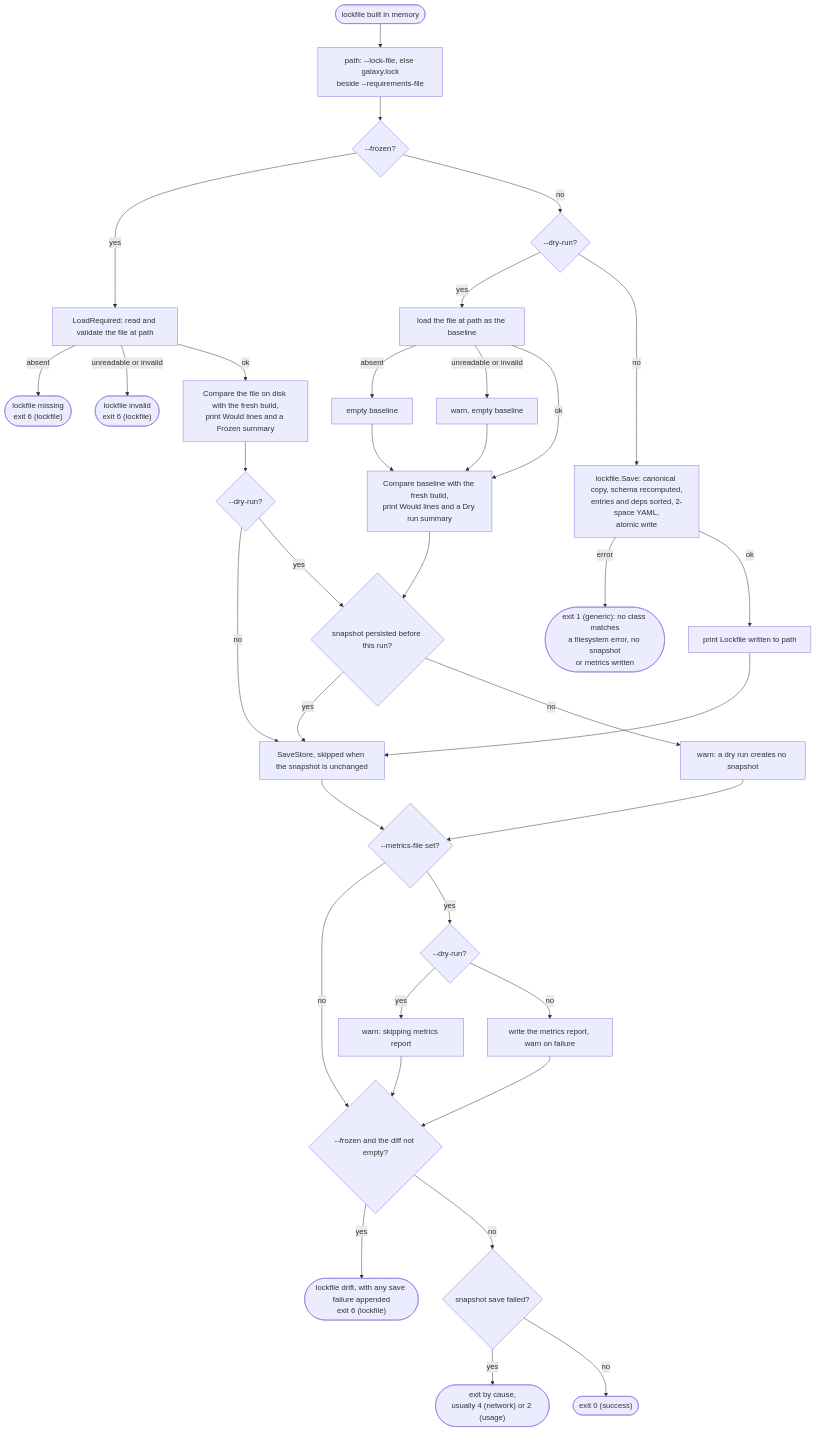
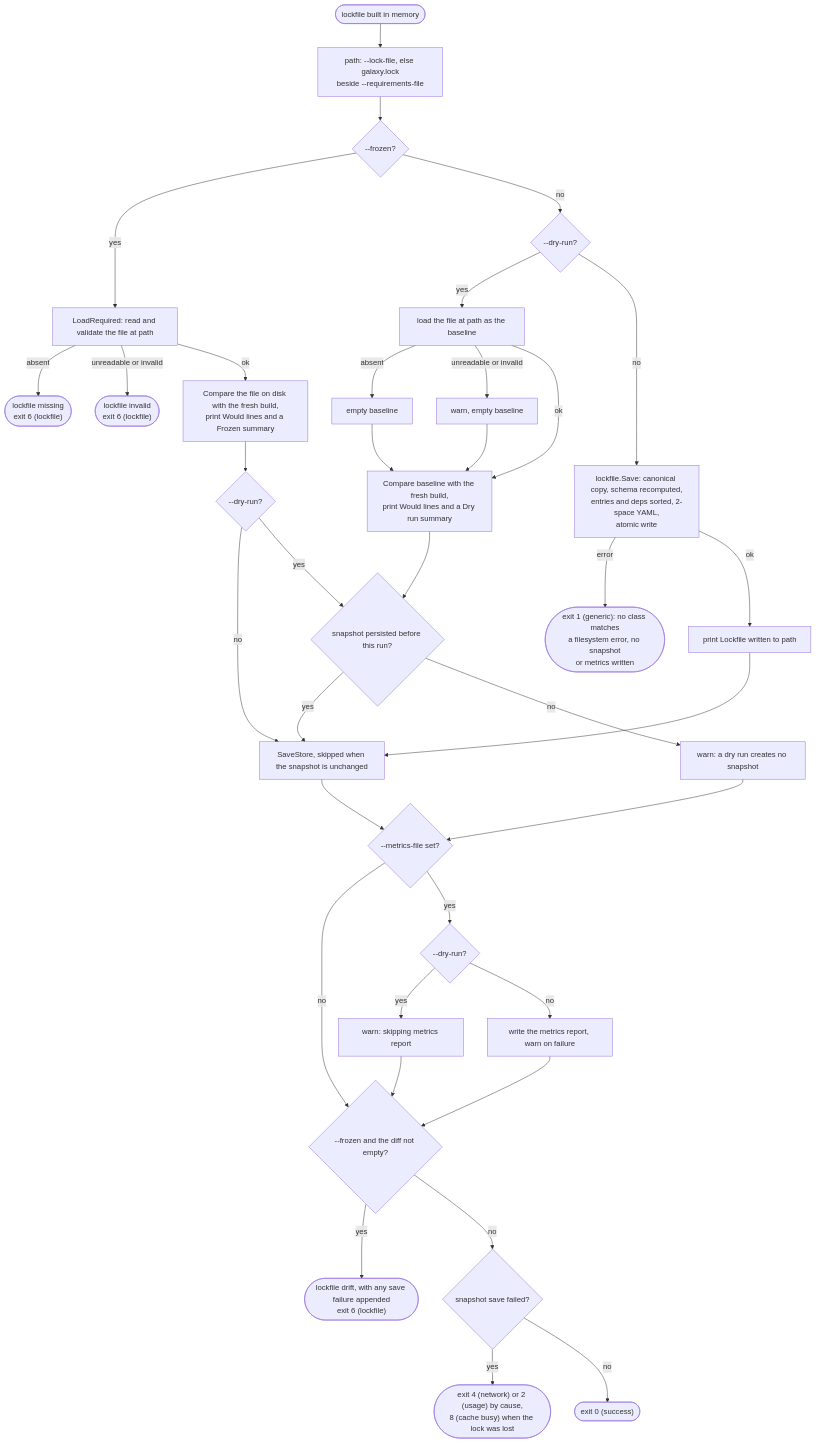
One commit to greeddj/go-galaxy changed diagram 22 of 48 in docs/commands.md. Above: the diagram before and after it, drawn with Mermaid. The commit also changed other lines of this file and 5 other files, not shown here.

First line of the commit message:
fix(cache)!: exit 4, not 1, on unusable S3 list, delete and PUT replies

````diff
--- a/docs/commands.md
+++ b/docs/commands.md
@@ -1109,38 +1109,38 @@
 ```mermaid
 flowchart TD
     IN(["lockfile built in memory"]) --> PA["path: --lock-file, else galaxy.lock<br/>beside --requirements-file"]
     PA --> FR{"--frozen?"}
     FR -->|"yes"| LR["LoadRequired: read and validate the file at path"]
     LR -->|"absent"| XM(["lockfile missing<br/>exit 6 (lockfile)"])
     LR -->|"unreadable or invalid"| XI(["lockfile invalid<br/>exit 6 (lockfile)"])
     LR -->|"ok"| CF["Compare the file on disk with the fresh build,<br/>print Would lines and a Frozen summary"]
     CF --> SD{"--dry-run?"}
     SD -->|"no"| SS
     SD -->|"yes"| WP
     FR -->|"no"| DR{"--dry-run?"}
     DR -->|"yes"| BL["load the file at path as the baseline"]
     BL -->|"absent"| BN["empty baseline"]
     BL -->|"unreadable or invalid"| BW["warn, empty baseline"]
     BL -->|"ok"| CD
     BN --> CD
     BW --> CD["Compare baseline with the fresh build,<br/>print Would lines and a Dry run summary"]
     CD --> WP{"snapshot persisted before this run?"}
     WP -->|"yes"| SS
     WP -->|"no"| WW["warn: a dry run creates no snapshot"]
     DR -->|"no"| SA["lockfile.Save: canonical copy, schema recomputed,<br/>entries and deps sorted, 2-space YAML,<br/>atomic write"]
     SA -->|"error"| XW(["exit 1 (generic): no class matches<br/>a filesystem error, no snapshot<br/>or metrics written"])
     SA -->|"ok"| OK1["print Lockfile written to path"]
     OK1 --> SS["SaveStore, skipped when the snapshot is unchanged"]
     SS --> MF
     WW --> MF{"--metrics-file set?"}
     MF -->|"no"| DF
     MF -->|"yes"| MD{"--dry-run?"}
     MD -->|"yes"| MW["warn: skipping metrics report"]
     MD -->|"no"| MR["write the metrics report, warn on failure"]
     MW --> DF
     MR --> DF{"--frozen and the diff not empty?"}
     DF -->|"yes"| XD(["lockfile drift, with any save failure appended<br/>exit 6 (lockfile)"])
     DF -->|"no"| SF{"snapshot save failed?"}
-    SF -->|"yes"| XS(["exit by cause,<br/>usually 4 (network) or 2 (usage)"])
+    SF -->|"yes"| XS(["exit 4 (network) or 2 (usage) by cause,<br/>8 (cache busy) when the lock was lost"])
     SF -->|"no"| X0(["exit 0 (success)"])
 ```
````
